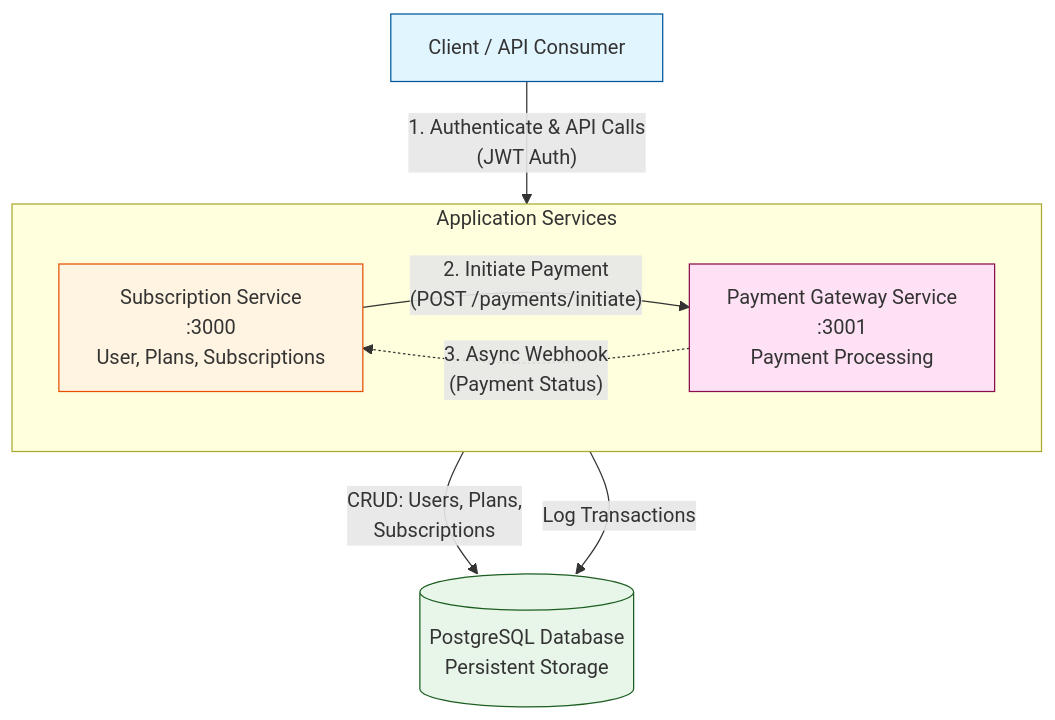
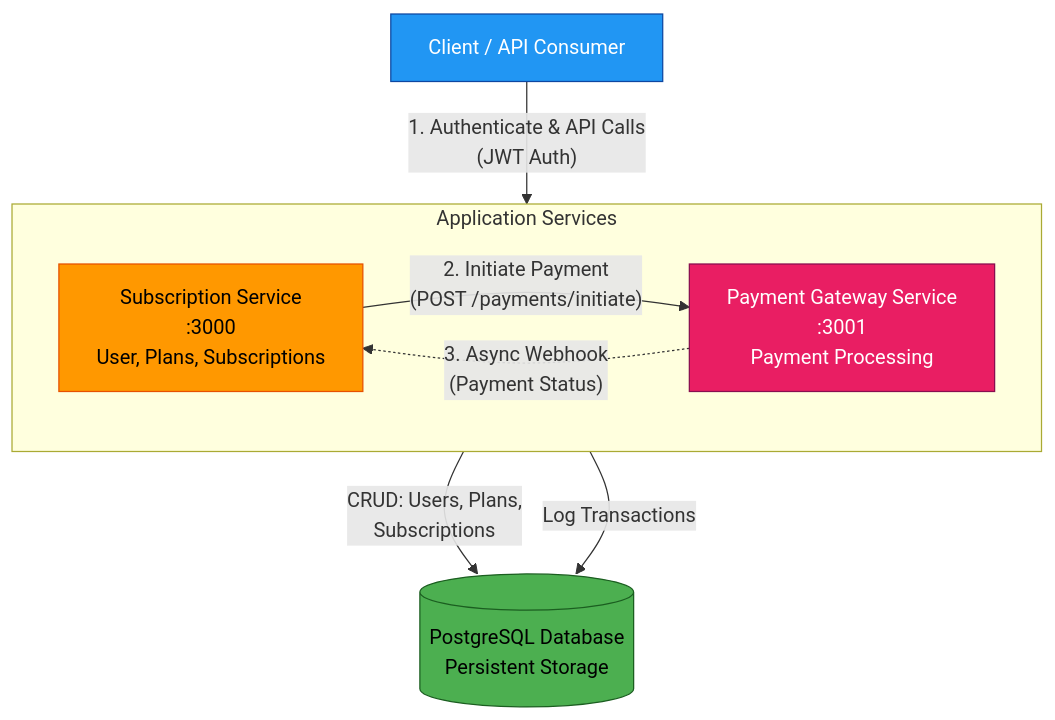
The first of 2 diagrams in README.md (dozken/billing-engine), drawn with Mermaid before and after one commit. The commit also changed other lines of this file and 3 other files, not shown here.

````diff
--- a/README.md
+++ b/README.md
@@ -7,24 +7,24 @@
 ```mermaid
 graph TB
     Client[Client / API Consumer]
     
     subgraph "Application Services"
         direction LR
         SS[Subscription Service<br/>:3000<br/>User, Plans, Subscriptions]
         PG[Payment Gateway Service<br/>:3001<br/>Payment Processing]
     end
     
     DB[(PostgreSQL Database<br/>Persistent Storage)]
     
     Client -->|"1. Authenticate & API Calls<br/>(JWT Auth)"| SS
     SS -->|"2. Initiate Payment<br/>(POST /payments/initiate)"| PG
     PG -.->|"3. Async Webhook<br/>(Payment Status)"| SS
     
     SS -->|"CRUD: Users, Plans,<br/>Subscriptions"| DB
     PG -->|"Log Transactions"| DB
     
-    style Client fill:#e1f5ff,stroke:#01579b
-    style SS fill:#fff4e1,stroke:#e65100
-    style PG fill:#ffe1f5,stroke:#880e4f
-    style DB fill:#e8f5e9,stroke:#1b5e20
+    style Client fill:#2196F3,stroke:#0D47A1,color:#ffffff
+    style SS fill:#FF9800,stroke:#E65100,color:#000000
+    style PG fill:#E91E63,stroke:#880E4F,color:#ffffff
+    style DB fill:#4CAF50,stroke:#1B5E20,color:#000000
 ```
````
